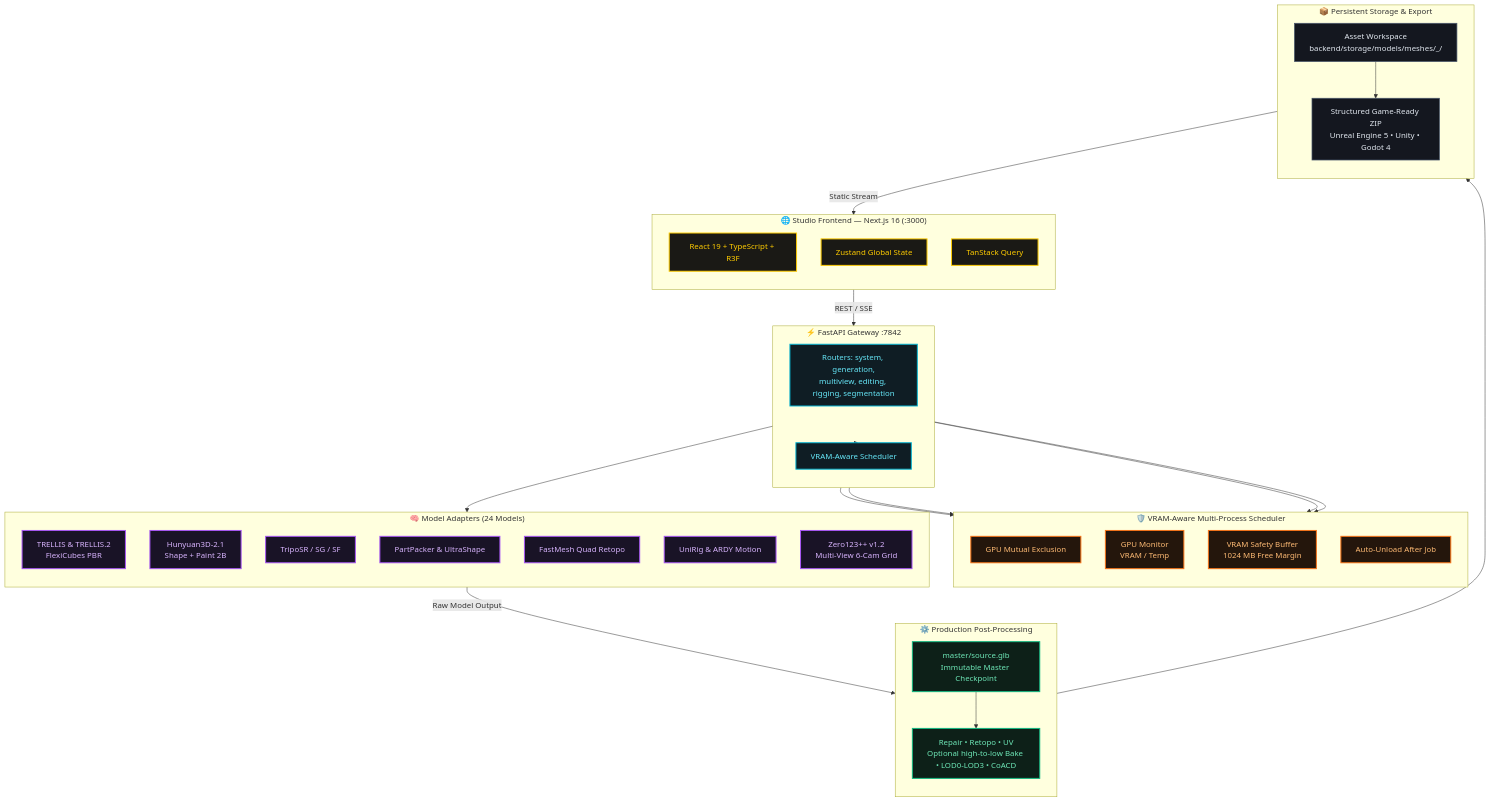
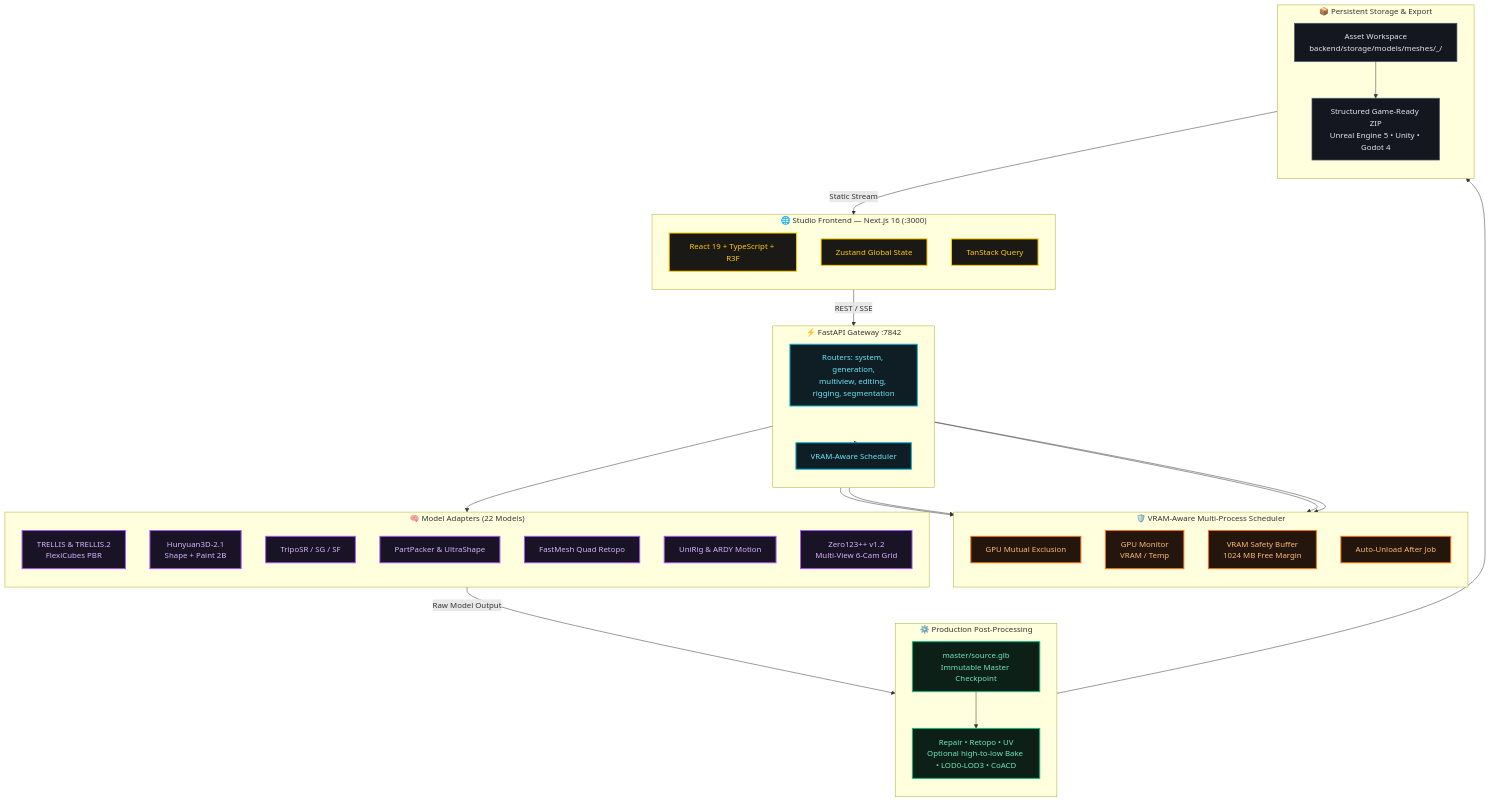
One commit to Silentzx2/ForMash3D changed the first of 3 diagrams in Docs/SYSTEM-BLUEPRINT.md. Above: the diagram before and after it, drawn with Mermaid. The commit also changed 27 other files, not shown here.

````diff
--- a/Docs/SYSTEM-BLUEPRINT.md
+++ b/Docs/SYSTEM-BLUEPRINT.md
@@ -38,66 +38,66 @@
 ```mermaid
 graph TD
     classDef gold fill:#1a1915,stroke:#ffcc00,stroke-width:2px,color:#ffcc00;
     classDef cyan fill:#0f1d24,stroke:#06b6d4,stroke-width:2px,color:#67e8f9;
     classDef purple fill:#191326,stroke:#a855f7,stroke-width:2px,color:#d8b4fe;
     classDef green fill:#0d2018,stroke:#10b981,stroke-width:2px,color:#6ee7b7;
     classDef orange fill:#24160c,stroke:#f97316,stroke-width:2px,color:#fdba74;
     classDef slate fill:#14171f,stroke:#475569,stroke-width:1.5px,color:#e2e8f0;
 
     subgraph Client["🌐 Studio Frontend — Next.js 16 (:3000)"]
         direction TB
         UI["React 19 + TypeScript + R3F"]:::gold
         STATE["Zustand Global State"]:::gold
         QUERY["TanStack Query"]:::gold
     end
 
     subgraph Gateway["⚡ FastAPI Gateway :7842"]
         direction TB
         API["Routers: system, generation,<br/>multiview, editing, rigging, segmentation"]:::cyan
         SCHED["VRAM-Aware Scheduler"]:::cyan
     end
 
     subgraph S["🛡️ VRAM-Aware Multi-Process Scheduler"]
         direction TB
         GPU_LOCK["GPU Mutual Exclusion"]:::orange
         MONITOR["GPU Monitor<br/>VRAM / Temp"]:::orange
         SAFETY["VRAM Safety Buffer<br/>1024 MB Free Margin"]:::orange
         AUTO_UNLOAD["Auto-Unload After Job"]:::orange
     end
 
-    subgraph Adapters["🧠 Model Adapters (24 Models)"]
+    subgraph Adapters["🧠 Model Adapters (22 Models)"]
         direction TB
         TRELLIS["TRELLIS & TRELLIS.2<br/>FlexiCubes PBR"]:::purple
         HUNY["Hunyuan3D-2.1<br/>Shape + Paint 2B"]:::purple
         TRIPO["TripoSR / SG / SF"]:::purple
         PP["PartPacker & UltraShape"]:::purple
         FM["FastMesh Quad Retopo"]:::purple
         UR["UniRig & ARDY Motion"]:::purple
         Z123["Zero123++ v1.2<br/>Multi-View 6-Cam Grid"]:::purple
     end
 
     subgraph PostProcess["⚙️ Production Post-Processing"]
         direction TB
         CHECK["master/source.glb<br/>Immutable Master Checkpoint"]:::green
         FINISH["Repair • Retopo • UV<br/>Optional high-to-low Bake • LOD0-LOD3 • CoACD"]:::green
     end
 
     subgraph Storage["📦 Persistent Storage & Export"]
         direction TB
         LOCAL["Asset Workspace<br/>backend/storage/models/meshes/<asset>_<job_id>/"]:::slate
         ZIP["Structured Game-Ready ZIP<br/>Unreal Engine 5 • Unity • Godot 4"]:::slate
     end
 
     Client -- "REST / SSE" --> Gateway
     Gateway --> SCHED
     SCHED --> GPU_LOCK
     SCHED --> MONITOR
     SCHED --> SAFETY
     SCHED --> AUTO_UNLOAD
     SCHED --> Adapters
     Adapters -->|Raw Model Output| CHECK
     CHECK --> FINISH
     FINISH --> LOCAL
     LOCAL --> ZIP
     LOCAL -- "Static Stream" --> Client
 ```
````
